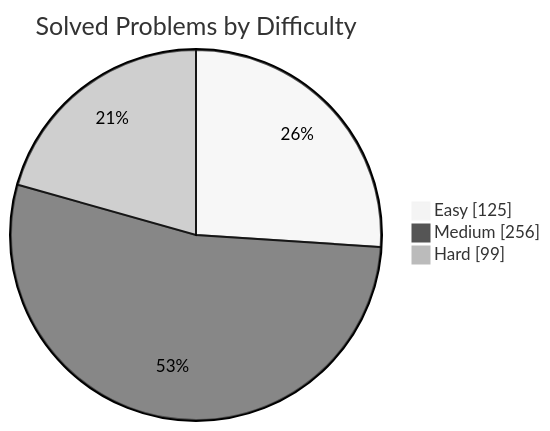
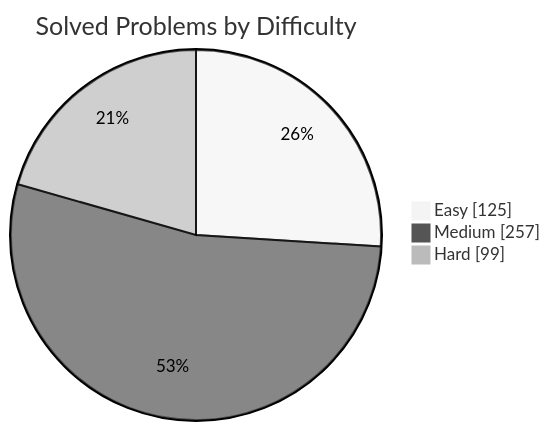
Before and after one commit to manikantbindass/DSA-Preparation-FAANG: the first of 2 diagrams in README.md, drawn with Mermaid (neutral theme). The commit also changed other lines of this file and 1 other file, not shown here.

````diff
--- a/README.md
+++ b/README.md
@@ -77,7 +77,7 @@
 ```mermaid
 pie showData
     title Solved Problems by Difficulty
     "Easy" : 125
-    "Medium" : 256
+    "Medium" : 257
     "Hard" : 99
 ```
````
